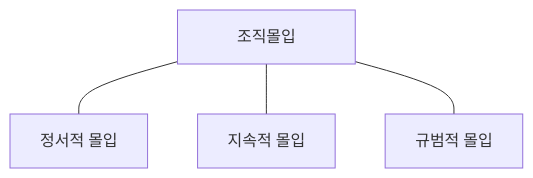
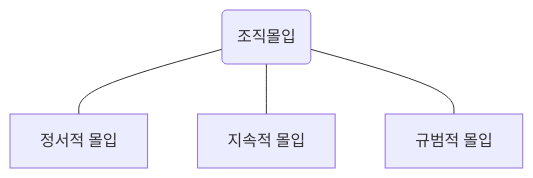
One commit to yeonkyupark/pepc2e changed the second of 2 diagrams in 0104인력과직무설계.qmd. Above: the diagram before and after it, drawn with Mermaid. The commit also changed other lines of this file, not shown here.

````diff
--- a/0104인력과직무설계.qmd
+++ b/0104인력과직무설계.qmd
@@ -117,4 +105,9 @@
 ```{mermaid}
 flowchart TB
-하[ㅤㅤ조직몰입ㅤㅤ] --- 가[정서적 몰입] & 나[지속적 몰입] & 다[규범적 몰입]
+	00(조직몰입)
+	10[정서적 몰입] 
+	20[지속적 몰입] 
+	30[규범적 몰입]
+
+	00 --- 10 & 20 & 30
 ```
````
